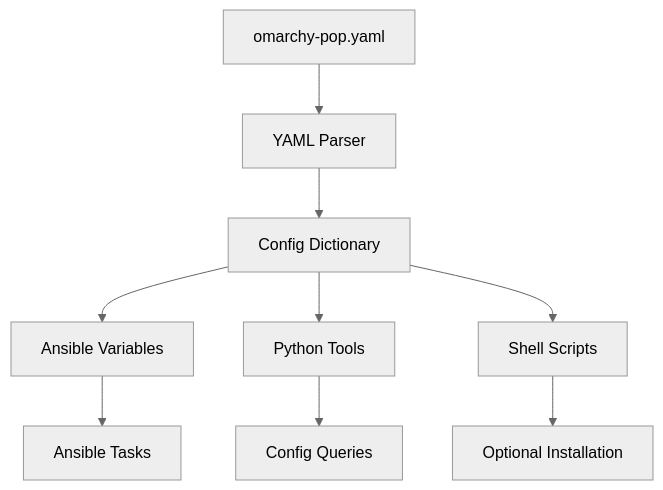
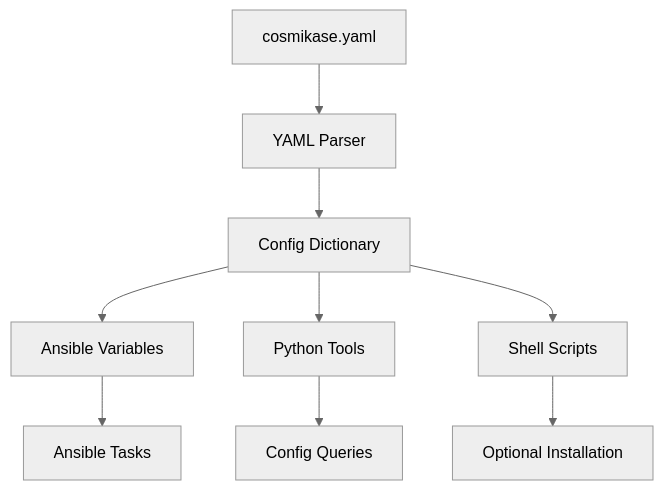
Before and after one commit to paulbrav/cosmikase: the sixth of 7 diagrams in docs/architecture.md, drawn with Mermaid (neutral theme). The commit also changed other lines of this file and 8 other files, not shown here.

````diff
--- a/docs/architecture.md
+++ b/docs/architecture.md
@@ -371,13 +371,13 @@
 ```mermaid
 flowchart TD
-    YAMLFile[omarchy-pop.yaml] --> Parser[YAML Parser]
+    YAMLFile[cosmikase.yaml] --> Parser[YAML Parser]
     Parser --> ConfigDict[Config Dictionary]
     
     ConfigDict --> AnsibleVars[Ansible Variables]
     ConfigDict --> PythonTools[Python Tools]
     ConfigDict --> ShellScripts[Shell Scripts]
     
     AnsibleVars --> AnsibleTasks[Ansible Tasks]
     PythonTools --> ConfigQueries[Config Queries]
     ShellScripts --> OptionalInstall[Optional Installation]
 ```
````
